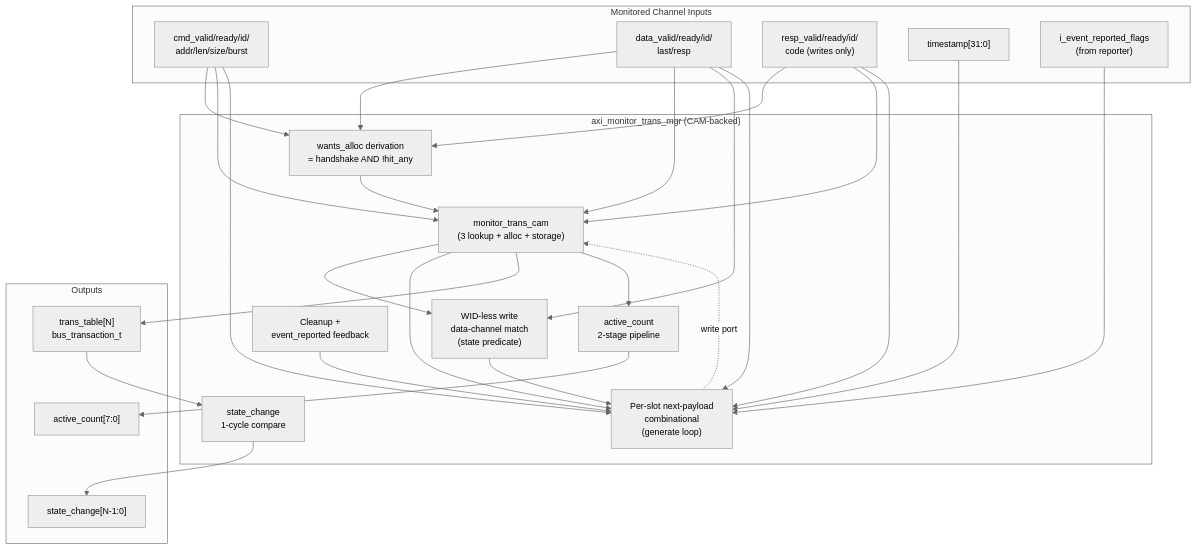
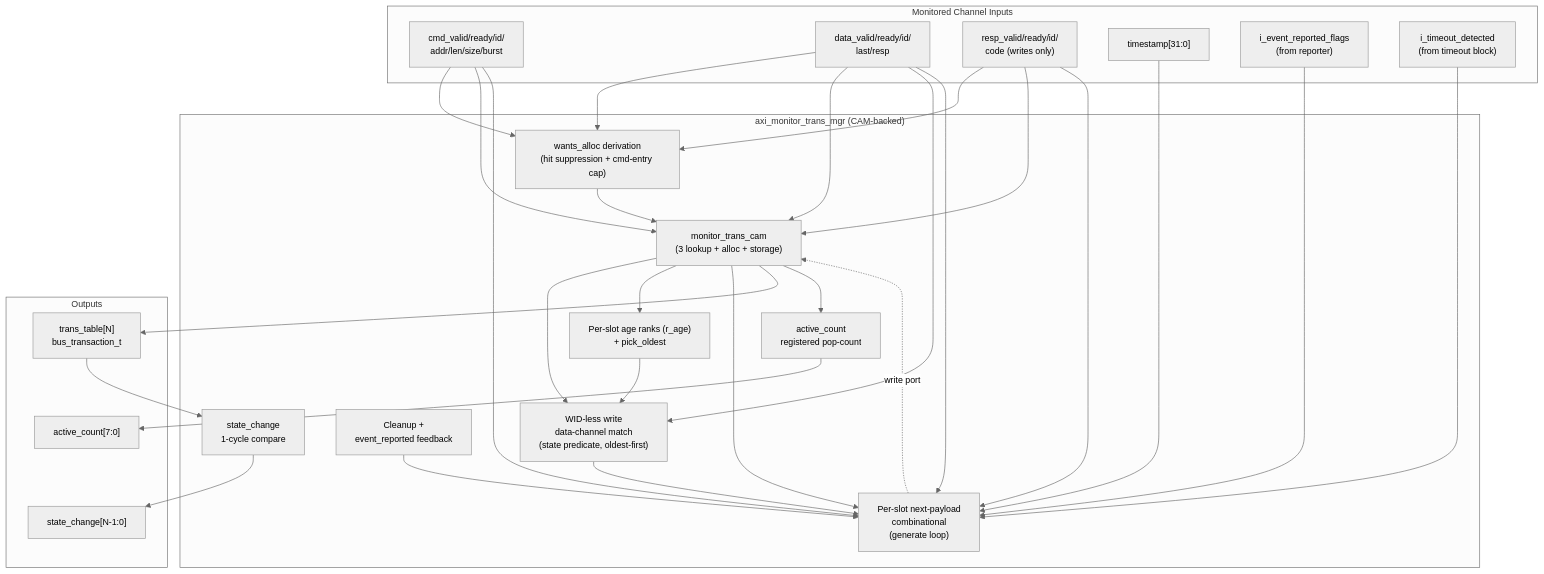
One commit to sean-galloway/RTLDesignSherpa changed the diagram in docs/markdown/RTLAmba/monitor/axi_monitor_trans_mgr.md. Above: the diagram before and after it, drawn with Mermaid. The commit also changed other lines of this file and 54 other files, not shown here.

````diff
--- a/docs/markdown/RTLAmba/monitor/axi_monitor_trans_mgr.md
+++ b/docs/markdown/RTLAmba/monitor/axi_monitor_trans_mgr.md
@@ -73,51 +79,56 @@
 ```mermaid
 %%{init: {'theme': 'neutral', 'themeVariables': { 'fontSize': '14px'}}}%%
 flowchart TB
     subgraph Inputs["Monitored Channel Inputs"]
         CMD["cmd_valid/ready/id/<br/>addr/len/size/burst"]
         DATA["data_valid/ready/id/<br/>last/resp"]
         RESP["resp_valid/ready/id/<br/>code (writes only)"]
         TS["timestamp[31:0]"]
         EVT_FB["i_event_reported_flags<br/>(from reporter)"]
+        TO_FB["i_timeout_detected<br/>(from timeout block)"]
     end
 
     subgraph axi_monitor_trans_mgr["axi_monitor_trans_mgr (CAM-backed)"]
-        WID_MATCH["WID-less write<br/>data-channel match<br/>(state predicate)"]
-        WANTS["wants_alloc derivation<br/>= handshake AND !hit_any"]
+        WID_MATCH["WID-less write<br/>data-channel match<br/>(state predicate, oldest-first)"]
+        AGE["Per-slot age ranks (r_age)<br/>+ pick_oldest"]
+        WANTS["wants_alloc derivation<br/>(hit suppression + cmd-entry cap)"]
         CAM_INST["monitor_trans_cam<br/>(3 lookup + alloc + storage)"]
         NEXT_STATE["Per-slot next-payload<br/>combinational<br/>(generate loop)"]
         CLEANUP["Cleanup +<br/>event_reported feedback"]
-        COUNT_PIPE["active_count<br/>2-stage pipeline"]
+        COUNT_PIPE["active_count<br/>registered pop-count"]
         STATE_CHG["state_change<br/>1-cycle compare"]
     end
 
     subgraph Outputs["Outputs"]
         TT["trans_table[N]<br/>bus_transaction_t"]
         AC["active_count[7:0]"]
         SC["state_change[N-1:0]"]
     end
 
     CMD --> WANTS
     DATA --> WANTS
     RESP --> WANTS
     CMD --> CAM_INST
     DATA --> CAM_INST
     RESP --> CAM_INST
     WANTS --> CAM_INST
     DATA --> WID_MATCH
     CAM_INST --> WID_MATCH
+    AGE --> WID_MATCH
+    CAM_INST --> AGE
     CAM_INST --> NEXT_STATE
     WID_MATCH --> NEXT_STATE
     CMD --> NEXT_STATE
     DATA --> NEXT_STATE
     RESP --> NEXT_STATE
     TS --> NEXT_STATE
     EVT_FB --> NEXT_STATE
+    TO_FB --> NEXT_STATE
     CLEANUP --> NEXT_STATE
     NEXT_STATE -.write port.-> CAM_INST
     CAM_INST --> TT
     CAM_INST --> COUNT_PIPE
     COUNT_PIPE --> AC
     TT --> STATE_CHG
     STATE_CHG --> SC
 ```
````
